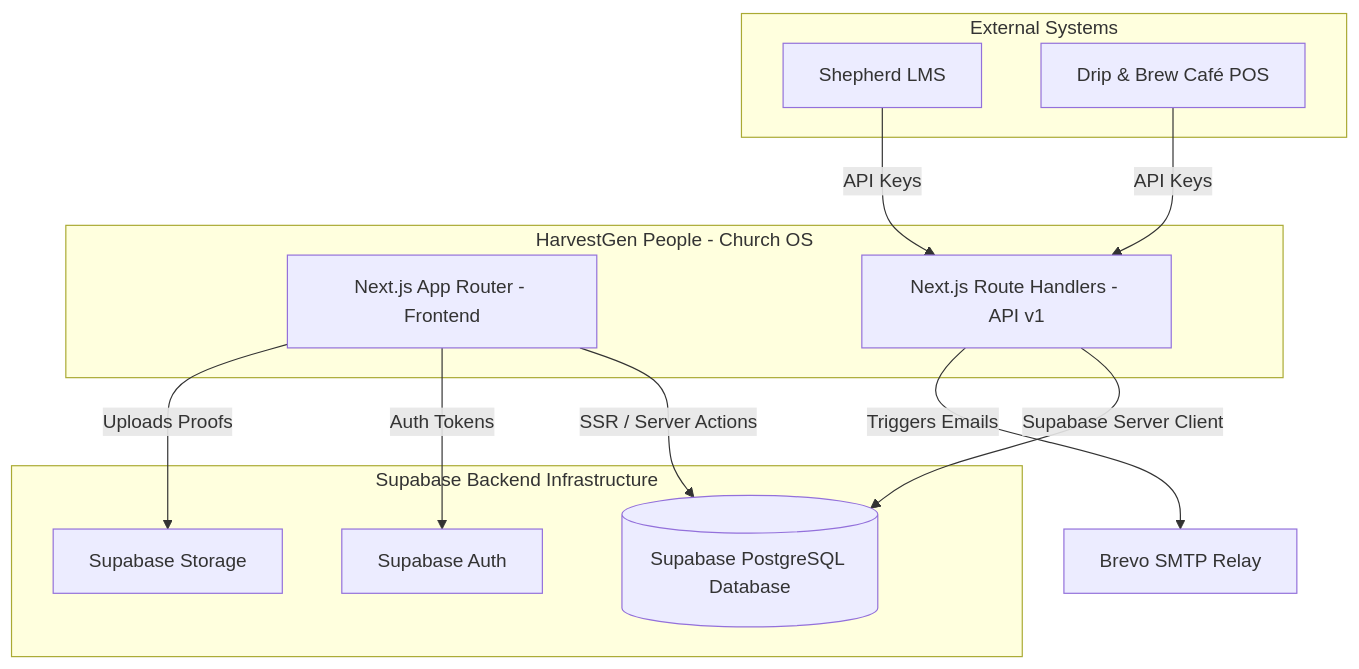
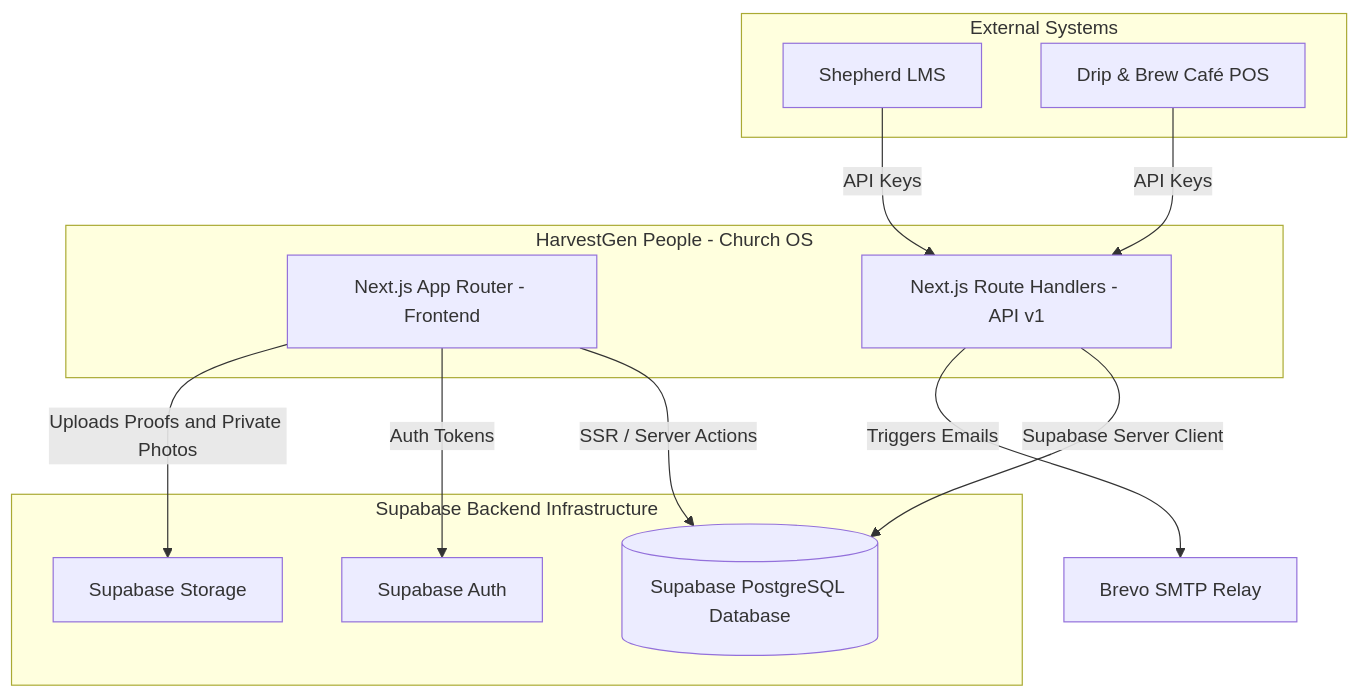
The first of 2 diagrams in README.md (HarvestGen-Dev/People), drawn with Mermaid before and after one commit. The commit also changed other lines of this file and 29 other files, not shown here.

Commit message:
feat: harden private people photos

````diff
--- a/README.md
+++ b/README.md
@@ -15,28 +15,28 @@
 ```mermaid
 flowchart TD
     subgraph EXT["External Systems"]
         LMS["Shepherd LMS"]
         POS["Drip & Brew Café POS"]
     end
 
     subgraph HGP["HarvestGen People - Church OS"]
         UI["Next.js App Router - Frontend"]
         API["Next.js Route Handlers - API v1"]
     end
 
     subgraph SUPA["Supabase Backend Infrastructure"]
         DB[("Supabase PostgreSQL Database")]
         Auth["Supabase Auth"]
         Storage["Supabase Storage"]
     end
     
     Email["Brevo SMTP Relay"]
 
     LMS -- "API Keys" --> API
     POS -- "API Keys" --> API
     UI -- "SSR / Server Actions" --> DB
     UI -- "Auth Tokens" --> Auth
     API -- "Supabase Server Client" --> DB
     API -- "Triggers Emails" --> Email
-    UI -- "Uploads Proofs" --> Storage
+    UI -- "Uploads Proofs and Private Photos" --> Storage
 ```
````
